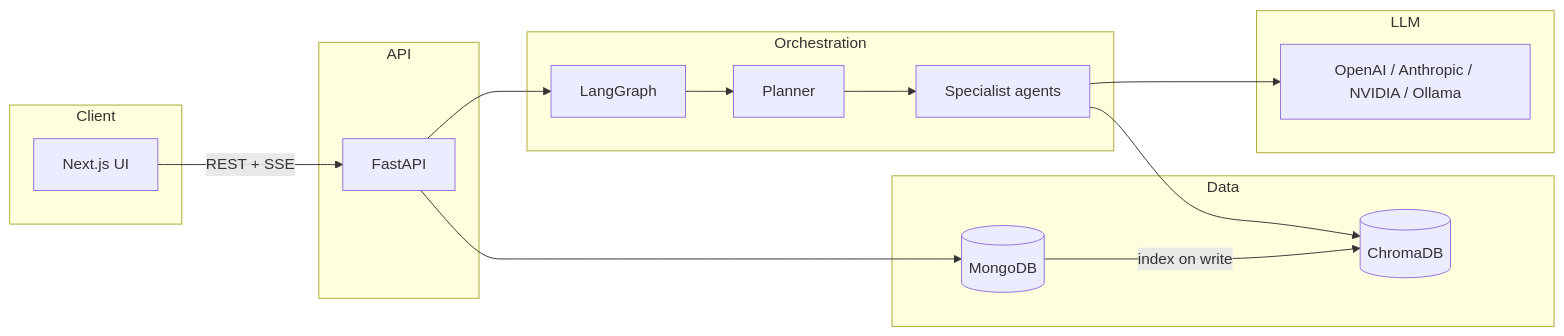
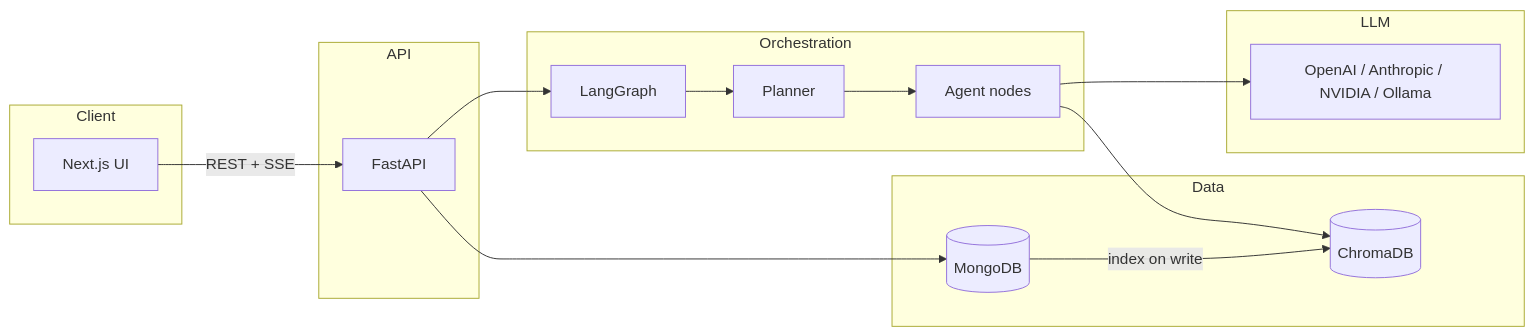
The diagram in README.md (vermaashish20/bookish), drawn with Mermaid before and after one commit. The commit also changed other lines of this file and 51 other files, not shown here.

````diff
--- a/README.md
+++ b/README.md
@@ -24,29 +24,29 @@
 ```mermaid
 flowchart LR
   subgraph Client
     UI[Next.js UI]
   end
   subgraph API
     FastAPI[FastAPI]
   end
   subgraph Orchestration
     LG[LangGraph]
     P[Planner]
-    A[Specialist agents]
+    A[Agent nodes]
   end
   subgraph Data
     Mongo[(MongoDB)]
     Chroma[(ChromaDB)]
   end
   subgraph LLM
     Providers[OpenAI / Anthropic / NVIDIA / Ollama]
   end
 
   UI -->|REST + SSE| FastAPI
   FastAPI --> LG
   LG --> P --> A
   A --> Providers
   FastAPI --> Mongo
   A --> Chroma
   Mongo -->|index on write| Chroma
 ```
````
